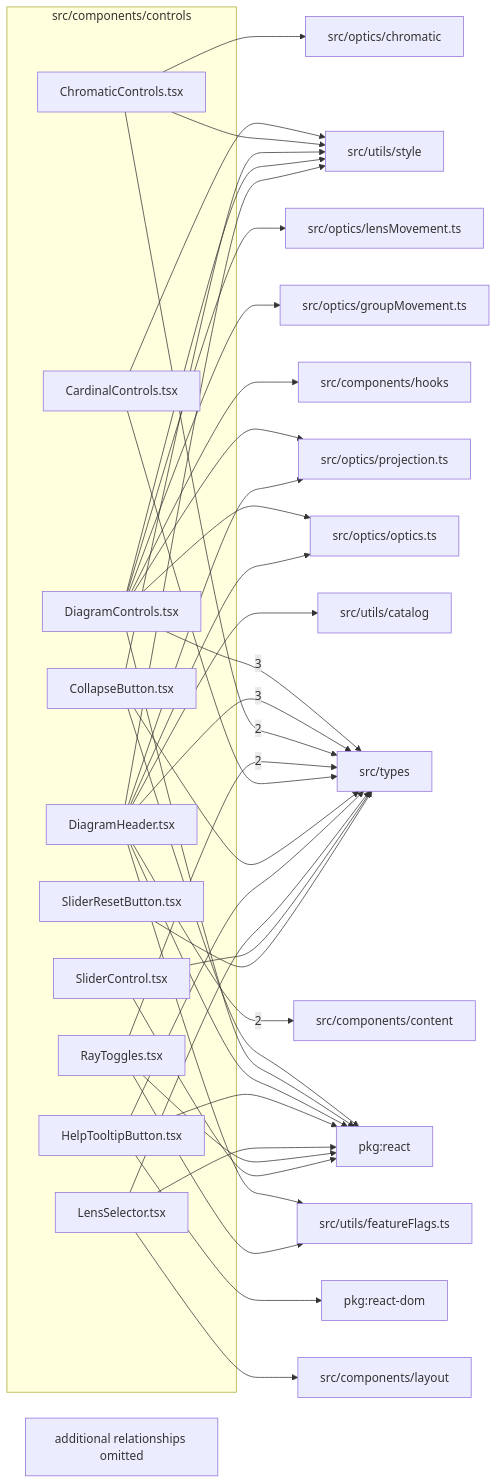
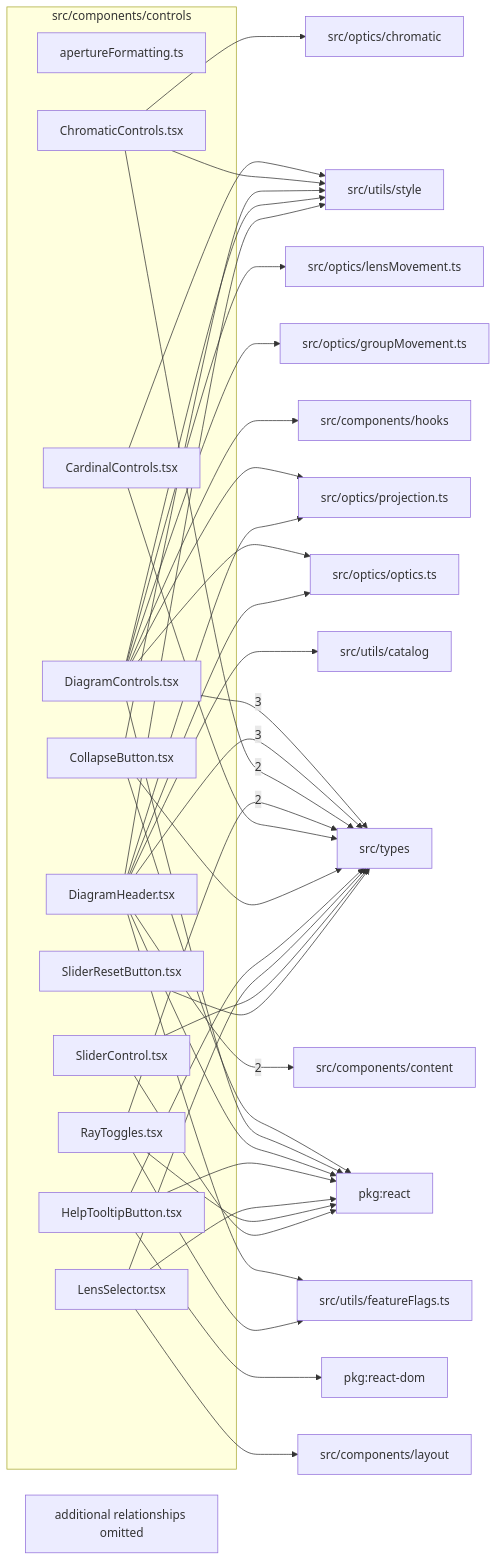
The diagram in src/components/controls/readme.md (ronbuening/LensVisualizer), drawn with Mermaid before and after one commit. The commit also changed other lines of this file and 31 other files, not shown here.

````diff
--- a/src/components/controls/readme.md
+++ b/src/components/controls/readme.md
@@ -9,66 +9,67 @@
 ```mermaid
 flowchart LR
   subgraph n_src_components_controls["src/components/controls"]
+    n_src_components_controls_src_components_controls_apertureFormatting_ts["apertureFormatting.ts"]
     n_src_components_controls_src_components_controls_CardinalControls_tsx["CardinalControls.tsx"]
     n_src_components_controls_src_components_controls_ChromaticControls_tsx["ChromaticControls.tsx"]
     n_src_components_controls_src_components_controls_CollapseButton_tsx["CollapseButton.tsx"]
     n_src_components_controls_src_components_controls_DiagramControls_tsx["DiagramControls.tsx"]
     n_src_components_controls_src_components_controls_DiagramHeader_tsx["DiagramHeader.tsx"]
     n_src_components_controls_src_components_controls_HelpTooltipButton_tsx["HelpTooltipButton.tsx"]
     n_src_components_controls_src_components_controls_LensSelector_tsx["LensSelector.tsx"]
     n_src_components_controls_src_components_controls_RayToggles_tsx["RayToggles.tsx"]
     n_src_components_controls_src_components_controls_SliderControl_tsx["SliderControl.tsx"]
     n_src_components_controls_src_components_controls_SliderResetButton_tsx["SliderResetButton.tsx"]
   end
   n_external_src_types["src/types"]
   n_external_src_components_content["src/components/content"]
   n_external_pkg_react["pkg:react"]
   n_external_pkg_react_dom["pkg:react-dom"]
   n_external_src_components_hooks["src/components/hooks"]
   n_external_src_components_layout["src/components/layout"]
   n_external_src_optics_chromatic["src/optics/chromatic"]
   n_external_src_optics_groupMovement_ts["src/optics/groupMovement.ts"]
   n_external_src_optics_lensMovement_ts["src/optics/lensMovement.ts"]
   n_external_src_optics_optics_ts["src/optics/optics.ts"]
   n_external_src_optics_projection_ts["src/optics/projection.ts"]
   n_external_src_utils_catalog["src/utils/catalog"]
   n_external_src_utils_featureFlags_ts["src/utils/featureFlags.ts"]
   n_external_src_utils_style["src/utils/style"]
   n_src_components_controls_src_components_controls_DiagramControls_tsx --> |3| n_external_src_types
   n_src_components_controls_src_components_controls_DiagramHeader_tsx --> |3| n_external_src_types
   n_src_components_controls_src_components_controls_DiagramHeader_tsx --> |2| n_external_src_components_content
   n_src_components_controls_src_components_controls_ChromaticControls_tsx --> |2| n_external_src_types
   n_src_components_controls_src_components_controls_RayToggles_tsx --> |2| n_external_src_types
   n_src_components_controls_src_components_controls_CollapseButton_tsx --> n_external_pkg_react
   n_src_components_controls_src_components_controls_DiagramControls_tsx --> n_external_pkg_react
   n_src_components_controls_src_components_controls_DiagramHeader_tsx --> n_external_pkg_react
   n_src_components_controls_src_components_controls_HelpTooltipButton_tsx --> n_external_pkg_react
   n_src_components_controls_src_components_controls_LensSelector_tsx --> n_external_pkg_react
   n_src_components_controls_src_components_controls_RayToggles_tsx --> n_external_pkg_react
   n_src_components_controls_src_components_controls_SliderControl_tsx --> n_external_pkg_react
   n_src_components_controls_src_components_controls_HelpTooltipButton_tsx --> n_external_pkg_react_dom
   n_src_components_controls_src_components_controls_DiagramControls_tsx --> n_external_src_components_hooks
   n_src_components_controls_src_components_controls_LensSelector_tsx --> n_external_src_components_layout
   n_src_components_controls_src_components_controls_ChromaticControls_tsx --> n_external_src_optics_chromatic
   n_src_components_controls_src_components_controls_DiagramControls_tsx --> n_external_src_optics_groupMovement_ts
   n_src_components_controls_src_components_controls_DiagramControls_tsx --> n_external_src_optics_lensMovement_ts
   n_src_components_controls_src_components_controls_DiagramControls_tsx --> n_external_src_optics_optics_ts
   n_src_components_controls_src_components_controls_DiagramHeader_tsx --> n_external_src_optics_optics_ts
   n_src_components_controls_src_components_controls_DiagramControls_tsx --> n_external_src_optics_projection_ts
   n_src_components_controls_src_components_controls_DiagramHeader_tsx --> n_external_src_optics_projection_ts
   n_src_components_controls_src_components_controls_CardinalControls_tsx --> n_external_src_types
   n_src_components_controls_src_components_controls_CollapseButton_tsx --> n_external_src_types
   n_src_components_controls_src_components_controls_HelpTooltipButton_tsx --> n_external_src_types
   n_src_components_controls_src_components_controls_LensSelector_tsx --> n_external_src_types
   n_src_components_controls_src_components_controls_SliderControl_tsx --> n_external_src_types
   n_src_components_controls_src_components_controls_SliderResetButton_tsx --> n_external_src_types
   n_src_components_controls_src_components_controls_DiagramHeader_tsx --> n_external_src_utils_catalog
   n_src_components_controls_src_components_controls_DiagramHeader_tsx --> n_external_src_utils_featureFlags_ts
   n_src_components_controls_src_components_controls_RayToggles_tsx --> n_external_src_utils_featureFlags_ts
   n_src_components_controls_src_components_controls_CardinalControls_tsx --> n_external_src_utils_style
   n_src_components_controls_src_components_controls_ChromaticControls_tsx --> n_external_src_utils_style
   n_src_components_controls_src_components_controls_CollapseButton_tsx --> n_external_src_utils_style
   n_src_components_controls_src_components_controls_DiagramControls_tsx --> n_external_src_utils_style
   n_src_components_controls_src_components_controls_DiagramHeader_tsx --> n_external_src_utils_style
   n_src_components_controls_truncated["additional relationships omitted"]
 ```
````
